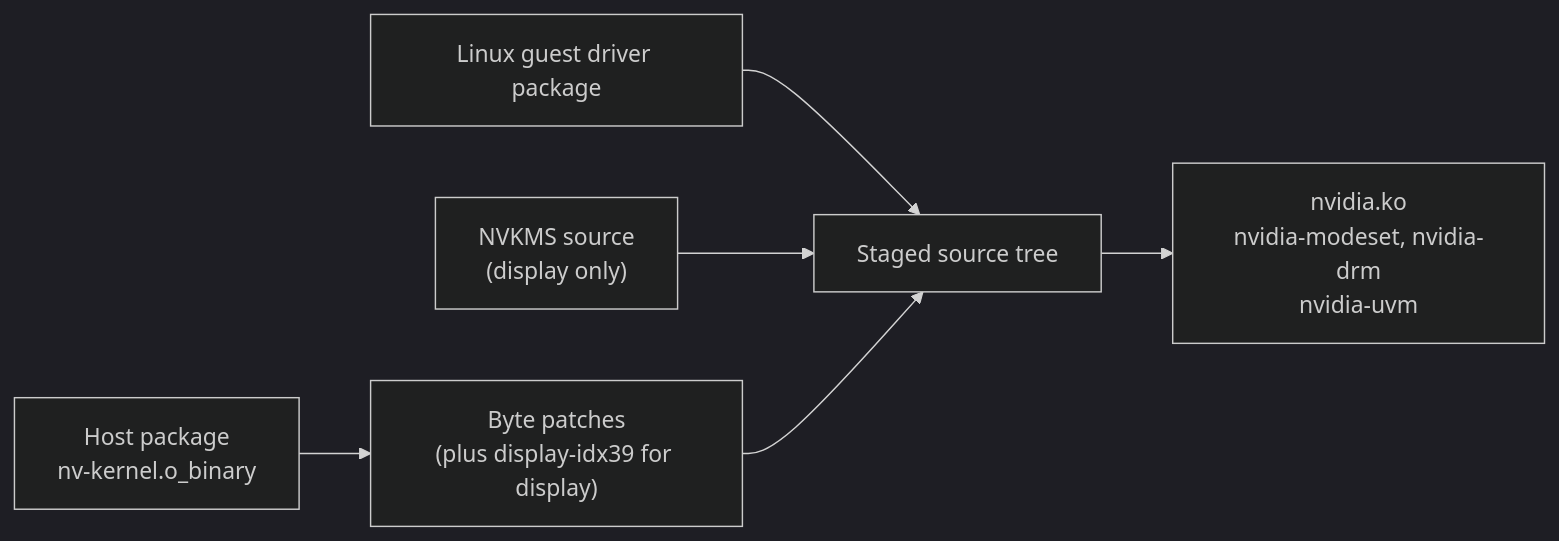
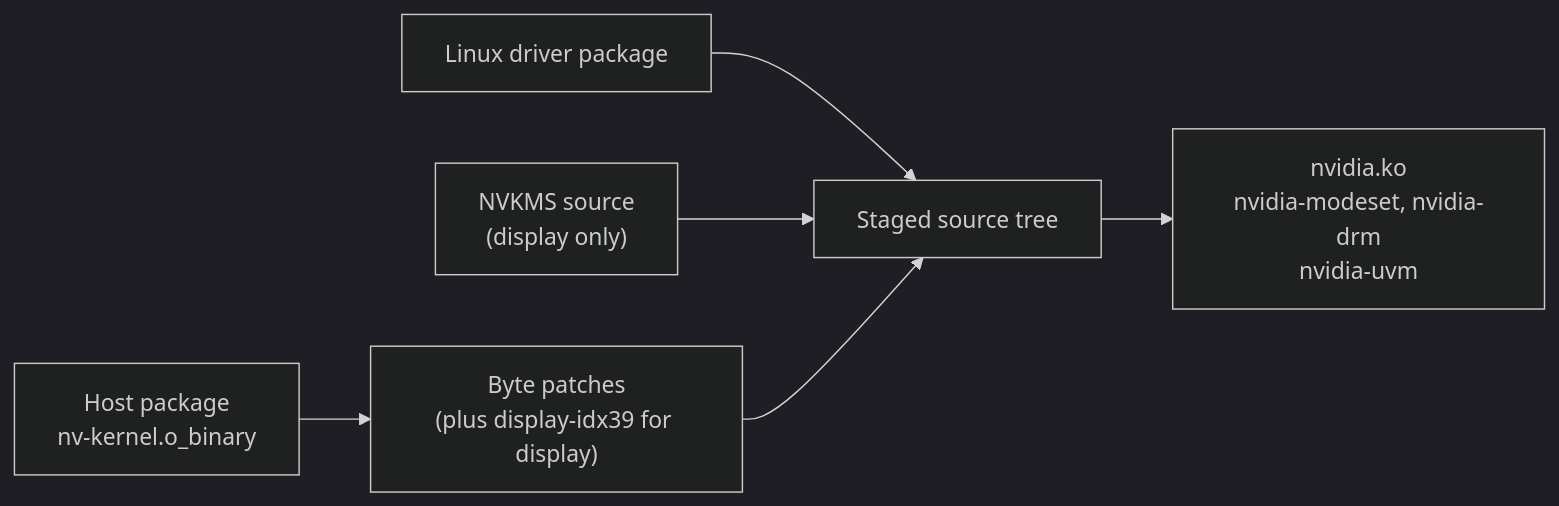
Before and after one commit to noon-at-cgn/geforce-sriov: the diagram in docs/driver-patch.md, drawn with Mermaid (dark theme). The commit also changed other lines of this file and 7 other files, not shown here.

Commit message:
docs: call the input the Linux driver package, use verified file names only, rewrite more pointers

````diff
--- a/docs/driver-patch.md
+++ b/docs/driver-patch.md
@@ -330,8 +330,8 @@
 ```mermaid
 flowchart LR
     host["Host package<br/>nv-kernel.o_binary"] --> rev["Byte patches<br/>(plus display-idx39 for display)"]
-    second["Linux guest driver package"] --> stage["Staged source tree"]
+    second["Linux driver package"] --> stage["Staged source tree"]
     nvkms["NVKMS source<br/>(display only)"] --> stage
     rev --> stage
     stage --> mods["nvidia.ko<br/>nvidia-modeset, nvidia-drm<br/>nvidia-uvm"]
 ```
````
